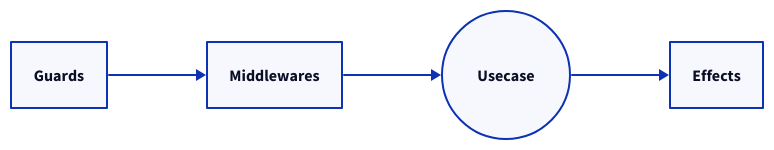
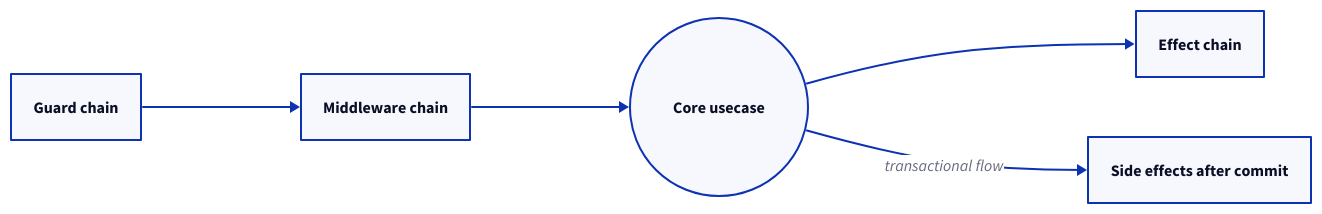
Before and after one commit to morzecrew/forze: the diagram in pages/diagrams/operation-composition.d2, drawn with D2. The commit also changed 18 other files, not shown here.

Commit message:
📝 docs(pages): expand newcomer guides and architecture diagrams (#32)

```diff
--- a/pages/diagrams/operation-composition.d2
+++ b/pages/diagrams/operation-composition.d2
@@ -1,17 +1,39 @@
-# Operation composition: guards, middlewares, core, effects
-
 style: {
     fill: transparent
 }
 
 vars: {
     d2-config: {
         pad: 50
     }
 }
 
 direction: right
 
-Usecase.shape: circle
+Guards: {
+    shape: rectangle
+    label: Guard chain
+}
+
+Middlewares: {
+    shape: rectangle
+    label: Middleware chain
+}
+
+Usecase: {
+    shape: circle
+    label: Core usecase
+}
+
+Effects: {
+    shape: rectangle
+    label: Effect chain
+}
+
+AfterCommit: {
+    shape: rectangle
+    label: Side effects after commit
+}
 
 Guards -> Middlewares -> Usecase -> Effects
+Usecase -> AfterCommit: transactional flow
```
